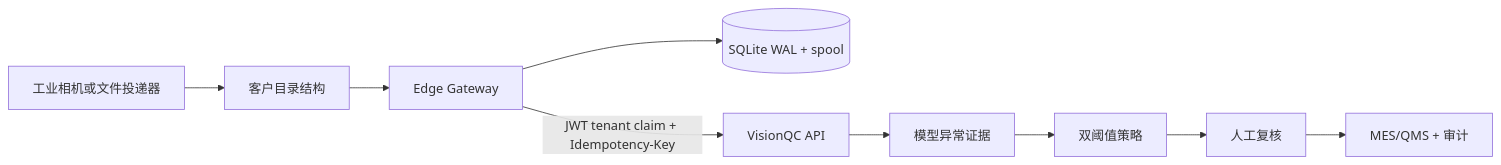
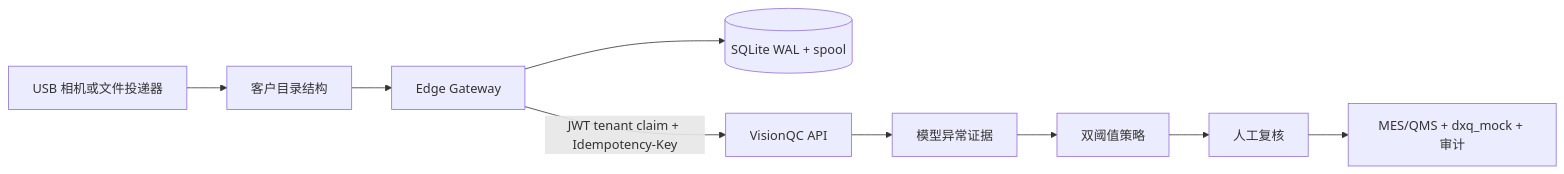
The diagram in docs/04-edge-gateway-deployment.md (wangkeyu-u/VisionQC), drawn with Mermaid before and after one commit. The commit also changed other lines of this file and 20 other files, not shown here.

````diff
--- a/docs/04-edge-gateway-deployment.md
+++ b/docs/04-edge-gateway-deployment.md
@@ -7,11 +9,11 @@
 ```mermaid
 flowchart LR
-  C[工业相机或文件投递器] --> D[客户目录结构]
+  C[USB 相机或文件投递器] --> D[客户目录结构]
   D --> G[Edge Gateway]
   G --> Q[(SQLite WAL + spool)]
   G -->|JWT tenant claim + Idempotency-Key| A[VisionQC API]
   A --> M[模型异常证据]
   M --> P[双阈值策略]
   P --> R[人工复核]
-  R --> X[MES/QMS + 审计]
+  R --> X[MES/QMS + dxq_mock + 审计]
 ```
````
